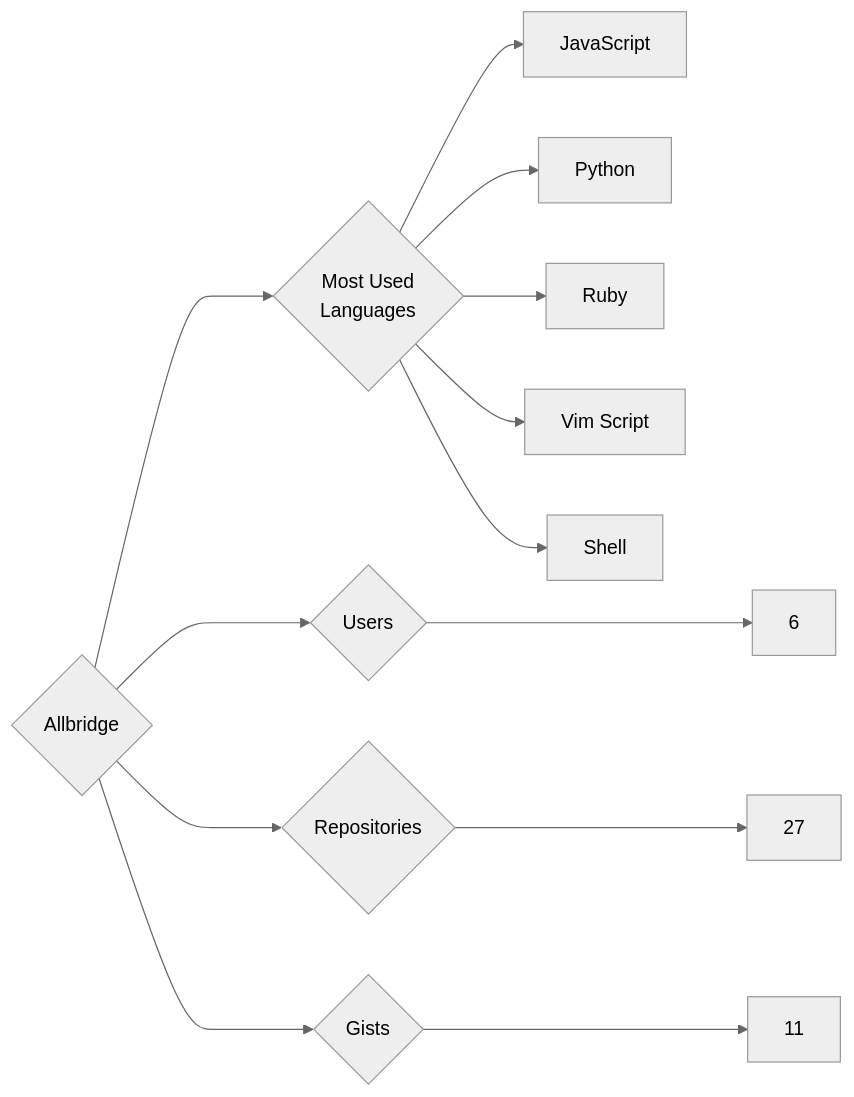
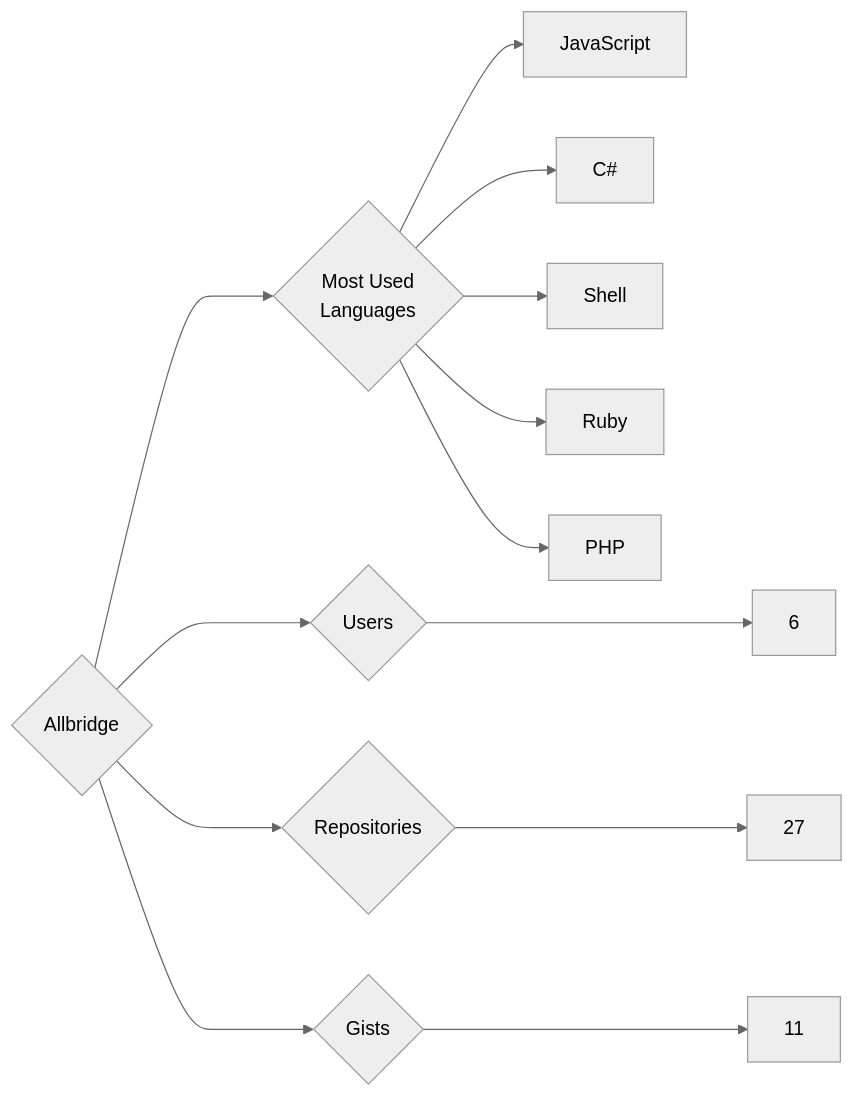
Before and after one commit to trickest/insiders: the diagram in targets/Allbridge/README.md, drawn with Mermaid (neutral theme). The commit also changed 1141 other files, not shown here.

````diff
--- a/targets/Allbridge/README.md
+++ b/targets/Allbridge/README.md
@@ -3,13 +3,13 @@
 ```mermaid
 graph LR
 COMPANY_NAME{Allbridge}
 COMPANY_NAME ---> U{Users} ---> UN[6]
 COMPANY_NAME ---> R{Repositories} ---> RN[27]
 COMPANY_NAME ---> G{Gists} ---> GN[11]
 COMPANY_NAME ---> ML{Most Used<br>Languages}
 ML --> JavaScript[JavaScript]
-ML --> Python[Python]
+ML --> C#[C#]
+ML --> Shell[Shell]
 ML --> Ruby[Ruby]
-ML --> Vim_Script[Vim Script]
-ML --> Shell[Shell]
+ML --> PHP[PHP]
 ```
````
